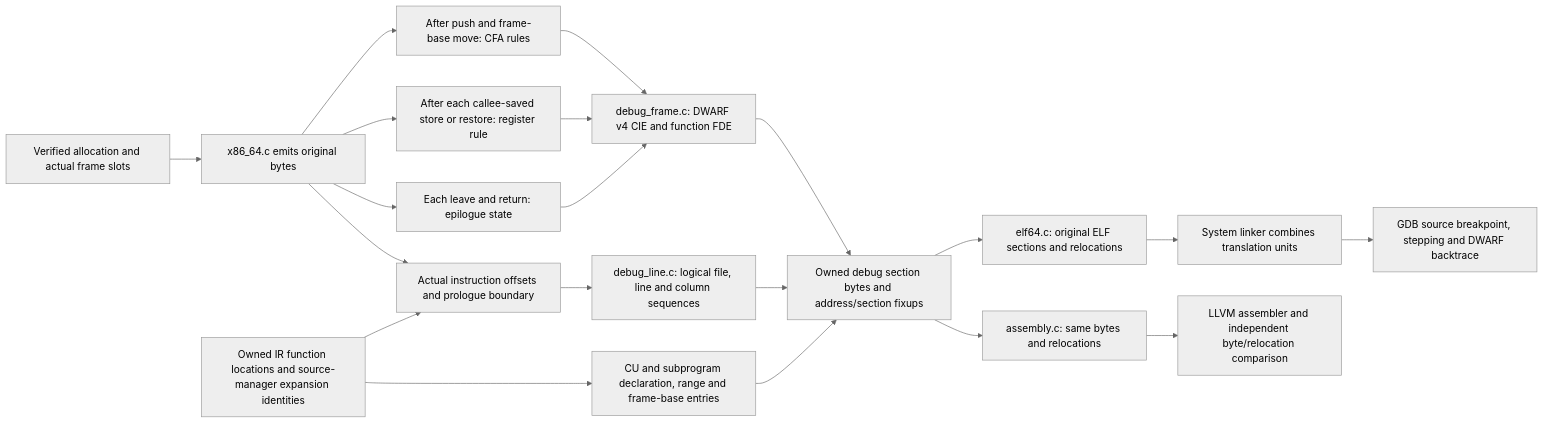
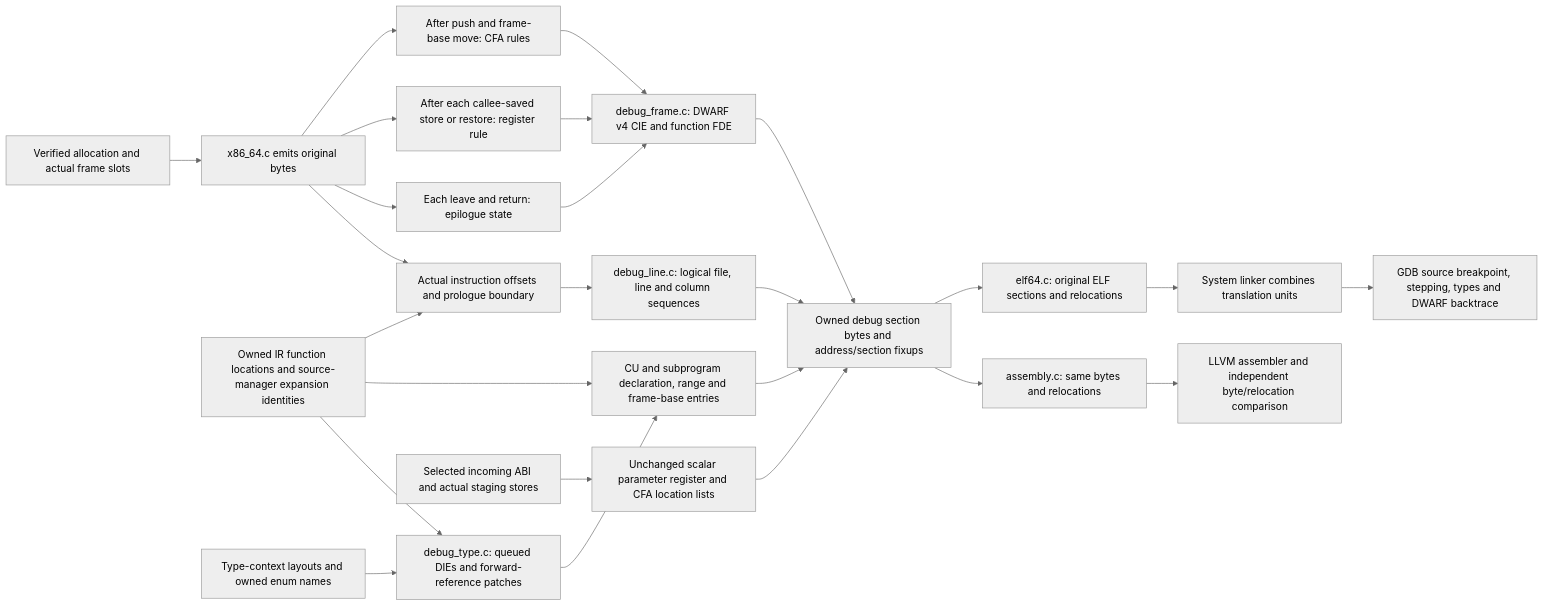
Before and after one commit to Aneesh495/cinder: the diagram in docs/diagrams/debug-frame.mmd, drawn with Mermaid (neutral theme). The commit also changed 28 other files, not shown here.

Commit message:
Describe DWARF types and unchanged scalar ABI parameters

```diff
--- a/docs/diagrams/debug-frame.mmd
+++ b/docs/diagrams/debug-frame.mmd
@@ -1,20 +1,25 @@
 flowchart LR
     RA[Verified allocation and actual frame slots] --> E[x86_64.c emits original bytes]
     E --> P[After push and frame-base move: CFA rules]
     E --> S[After each callee-saved store or restore: register rule]
     E --> R[Each leave and return: epilogue state]
     P --> F[debug_frame.c: DWARF v4 CIE and function FDE]
     S --> F
     R --> F
     F --> O[Owned debug section bytes and address/section fixups]
     H[Owned IR function locations and source-manager expansion identities] --> ROW[Actual instruction offsets and prologue boundary]
     E --> ROW
     ROW --> LINE[debug_line.c: logical file, line and column sequences]
     H --> DIE[CU and subprogram declaration, range and frame-base entries]
     LINE --> O
     DIE --> O
+    T[Type-context layouts and owned enum names] --> TYPES[debug_type.c: queued DIEs and forward-reference patches]
+    H --> TYPES
+    TYPES --> DIE
+    ABI[Selected incoming ABI and actual staging stores] --> LOC[Unchanged scalar parameter register and CFA location lists]
+    LOC --> O
     O --> ELF[elf64.c: original ELF sections and relocations]
     O --> ASM[assembly.c: same bytes and relocations]
     ELF --> LINK[System linker combines translation units]
-    LINK --> G[GDB source breakpoint, stepping and DWARF backtrace]
+    LINK --> G[GDB source breakpoint, stepping, types and DWARF backtrace]
     ASM --> CHECK[LLVM assembler and independent byte/relocation comparison]
```
